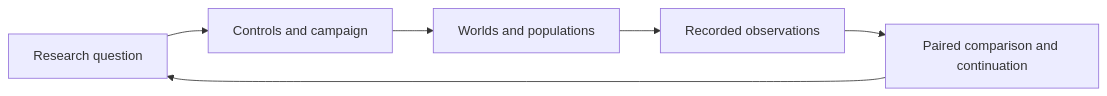
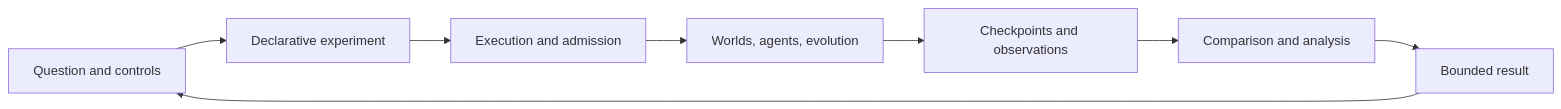
One commit to jedufa/emergence changed the diagram in README.md. Above: the diagram before and after it, drawn with Mermaid. The commit also changed other lines of this file and 1 other file, not shown here.

Commit message:
docs: present Emergence as a reusable scientific research platform

````diff
--- a/README.md
+++ b/README.md
@@ -45,8 +53,10 @@
 ```mermaid
 flowchart LR
-    Q["Research question"] --> C["Controls and campaign"]
-    C --> W["Worlds and populations"]
-    W --> O["Recorded observations"]
-    O --> A["Paired comparison and continuation"]
-    A --> Q
+    Q["Question and controls"] --> D["Declarative experiment"]
+    D --> E["Execution and admission"]
+    E --> W["Worlds, agents, evolution"]
+    W --> P["Checkpoints and observations"]
+    P --> A["Comparison and analysis"]
+    A --> R["Bounded result"]
+    R --> Q
 ```
````
